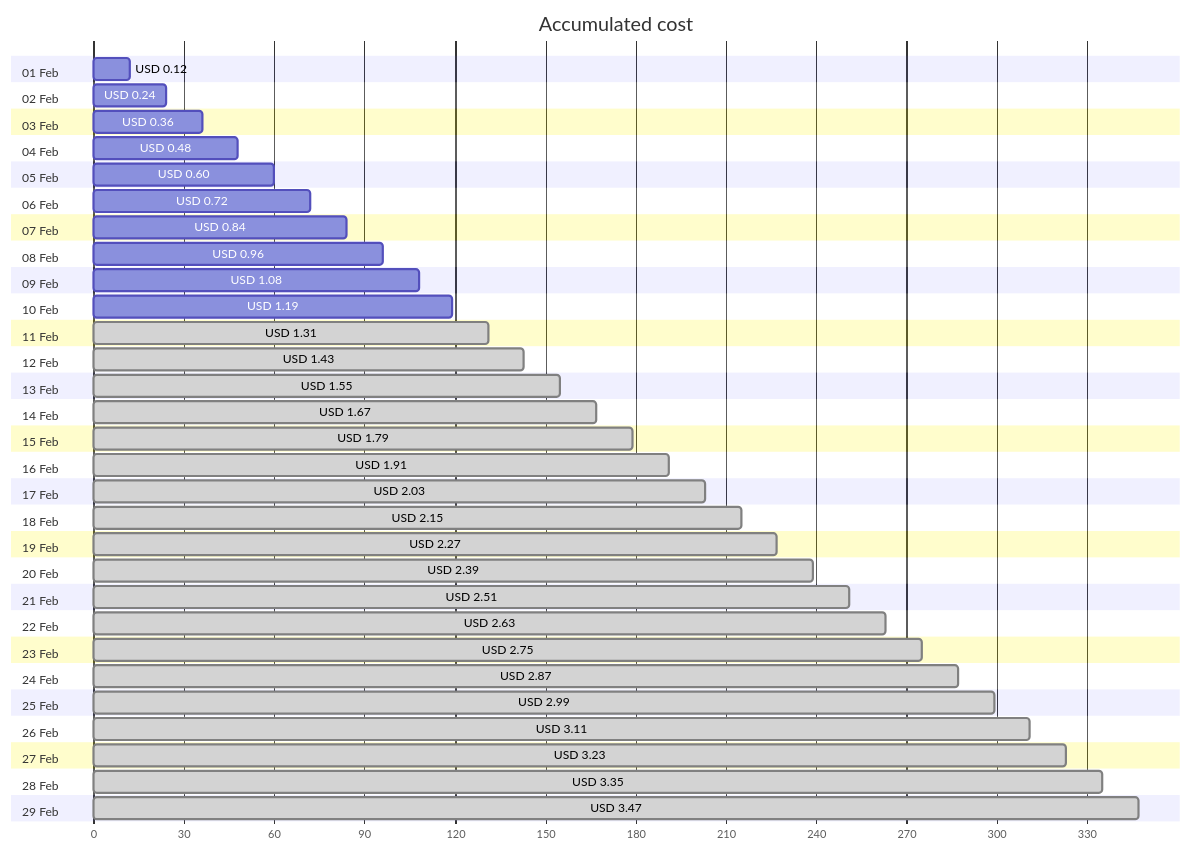
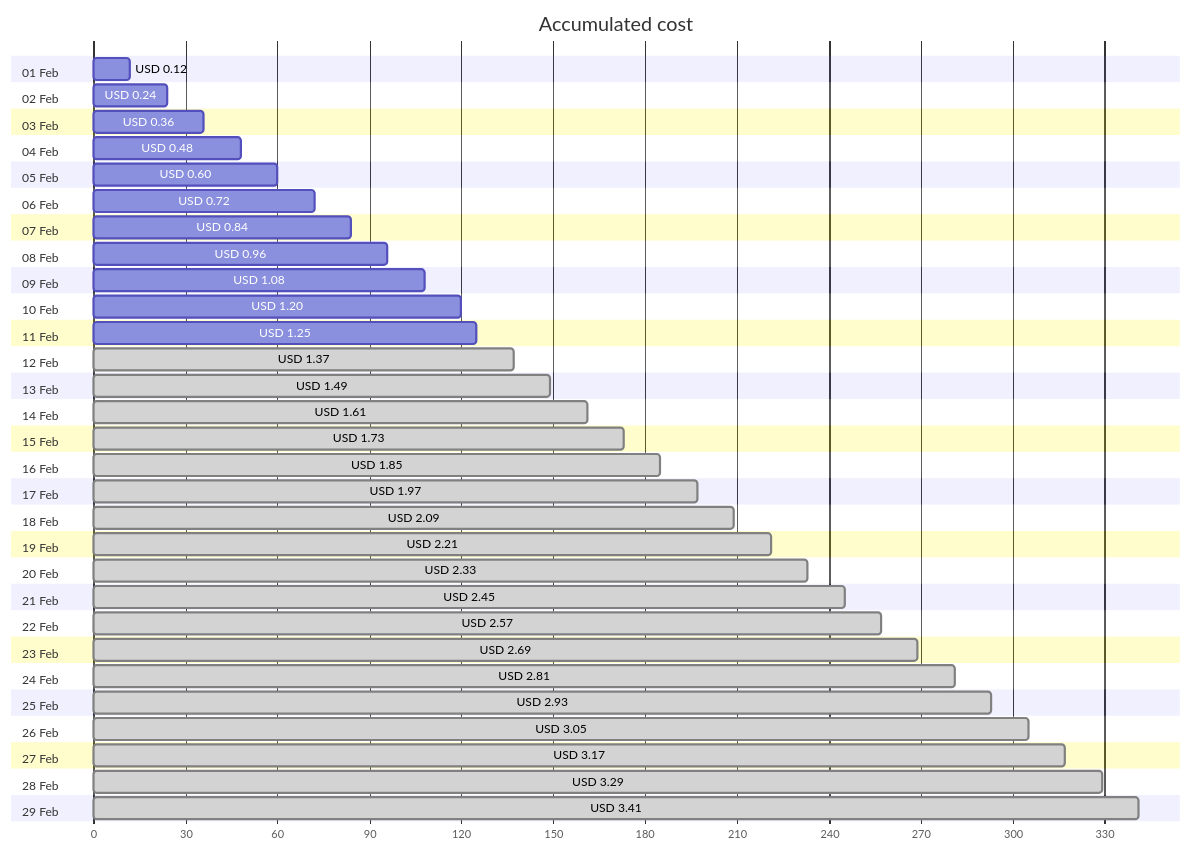
One commit to jpfulton/azure-personal-reports changed the first of 4 diagrams in cost-reports/personal-network/backup-server-public-ip.md. Above: the diagram before and after it, drawn with Mermaid. The commit also changed other lines of this file and 8 other files, not shown here.

````diff
--- a/cost-reports/personal-network/backup-server-public-ip.md
+++ b/cost-reports/personal-network/backup-server-public-ip.md
@@ -20,64 +20,64 @@
 ```mermaid
 gantt
    title Accumulated cost
    dateFormat  X
    axisFormat %s
    section 01 Feb
    USD 0.12 :0, 12
    section 02 Feb
    USD 0.24 :0, 24
    section 03 Feb
    USD 0.36 :0, 36
    section 04 Feb
    USD 0.48 :0, 48
    section 05 Feb
    USD 0.60 :0, 60
    section 06 Feb
    USD 0.72 :0, 72
    section 07 Feb
    USD 0.84 :0, 84
    section 08 Feb
    USD 0.96 :0, 96
    section 09 Feb
    USD 1.08 :0, 108
    section 10 Feb
-   USD 1.19 :0, 119
+   USD 1.20 :0, 120
    section 11 Feb
-   USD 1.31 : done, 0, 131
+   USD 1.25 :0, 125
    section 12 Feb
-   USD 1.43 : done, 0, 143
+   USD 1.37 : done, 0, 137
    section 13 Feb
-   USD 1.55 : done, 0, 155
+   USD 1.49 : done, 0, 149
    section 14 Feb
-   USD 1.67 : done, 0, 167
+   USD 1.61 : done, 0, 161
    section 15 Feb
-   USD 1.79 : done, 0, 179
+   USD 1.73 : done, 0, 173
    section 16 Feb
-   USD 1.91 : done, 0, 191
+   USD 1.85 : done, 0, 185
    section 17 Feb
-   USD 2.03 : done, 0, 203
+   USD 1.97 : done, 0, 197
    section 18 Feb
-   USD 2.15 : done, 0, 215
+   USD 2.09 : done, 0, 209
    section 19 Feb
-   USD 2.27 : done, 0, 227
+   USD 2.21 : done, 0, 221
    section 20 Feb
-   USD 2.39 : done, 0, 239
+   USD 2.33 : done, 0, 233
    section 21 Feb
-   USD 2.51 : done, 0, 251
+   USD 2.45 : done, 0, 245
    section 22 Feb
-   USD 2.63 : done, 0, 263
+   USD 2.57 : done, 0, 257
    section 23 Feb
-   USD 2.75 : done, 0, 275
+   USD 2.69 : done, 0, 269
    section 24 Feb
-   USD 2.87 : done, 0, 287
+   USD 2.81 : done, 0, 281
    section 25 Feb
-   USD 2.99 : done, 0, 299
+   USD 2.93 : done, 0, 293
    section 26 Feb
-   USD 3.11 : done, 0, 311
+   USD 3.05 : done, 0, 305
    section 27 Feb
-   USD 3.23 : done, 0, 323
+   USD 3.17 : done, 0, 317
    section 28 Feb
-   USD 3.35 : done, 0, 335
+   USD 3.29 : done, 0, 329
    section 29 Feb
-   USD 3.47 : done, 0, 347
+   USD 3.41 : done, 0, 341
 ```
````
